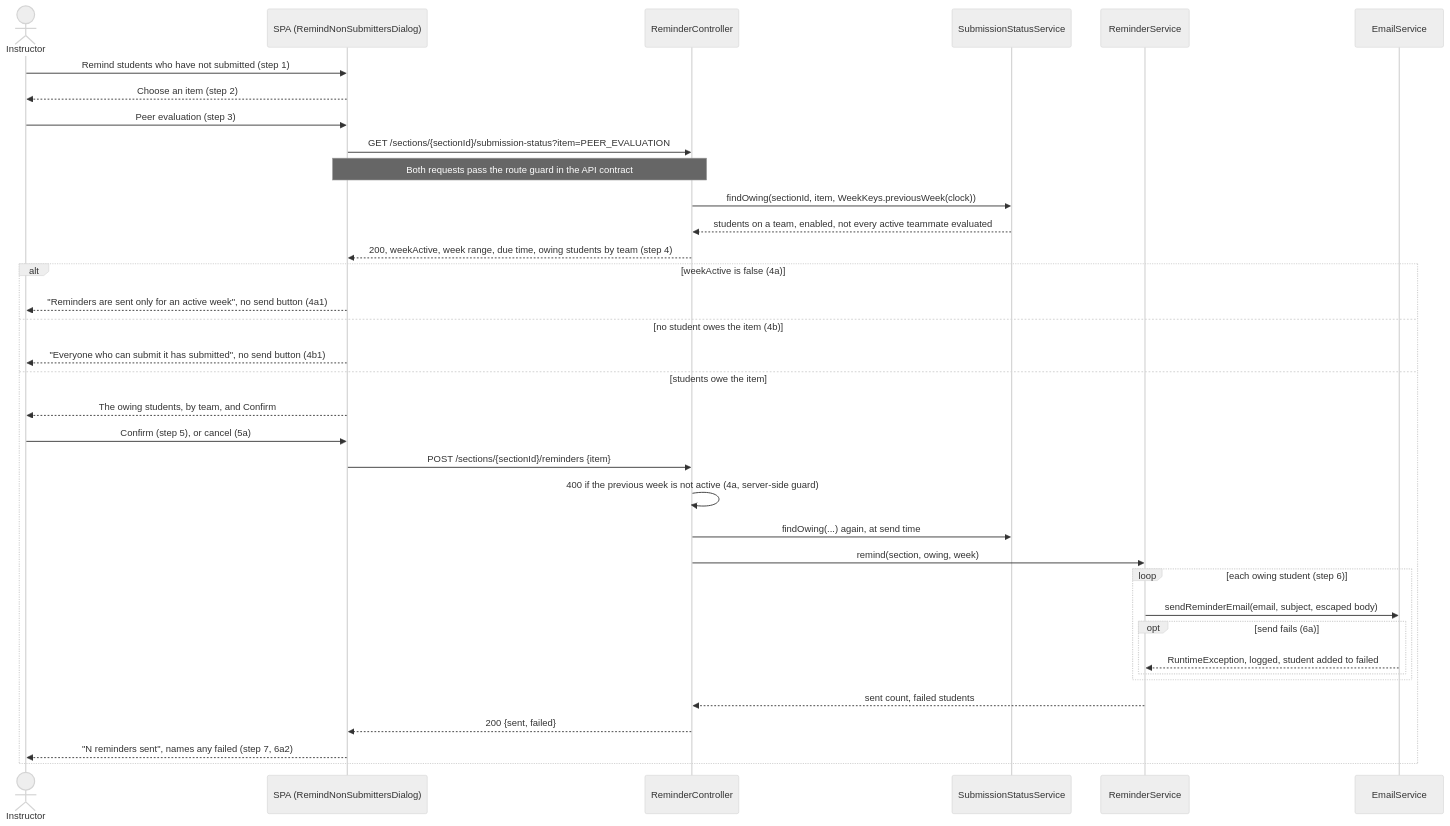
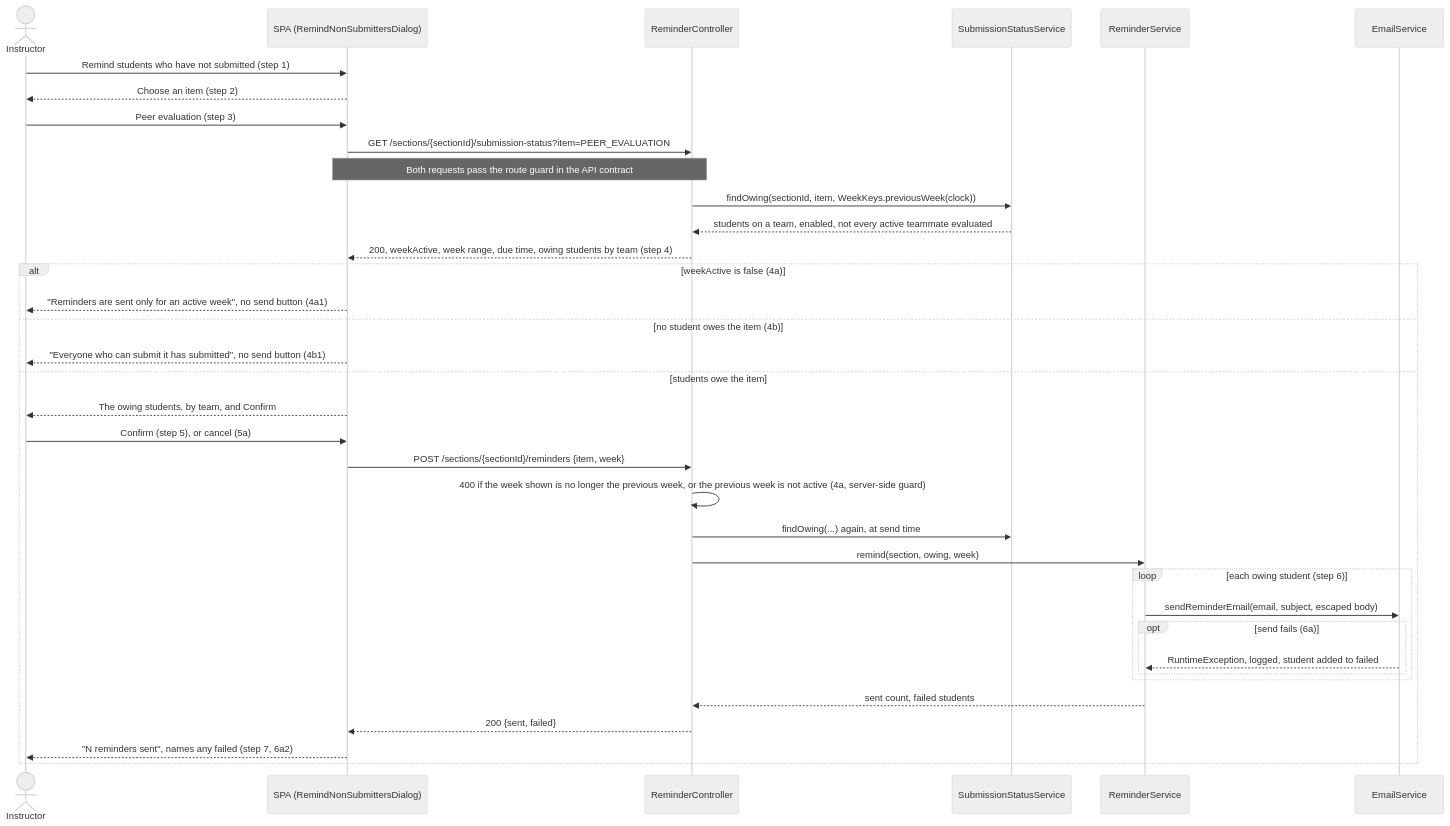
One commit to Washingtonwei/project-pulse changed the second of 3 diagrams in docs/design/not.md. Above: the diagram before and after it, drawn with Mermaid (neutral theme). The commit also changed other lines of this file and 7 other files, not shown here.

First line of the commit message:
fix(not): send reminders only for the list the instructor reviewed

````diff
--- a/docs/design/not.md
+++ b/docs/design/not.md
@@ -86,38 +86,38 @@
 ```mermaid
 sequenceDiagram
     actor I as Instructor
     participant SPA as SPA (RemindNonSubmittersDialog)
     participant RC as ReminderController
     participant SS as SubmissionStatusService
     participant RS as ReminderService
     participant EM as EmailService
     I->>SPA: Remind students who have not submitted (step 1)
     SPA-->>I: Choose an item (step 2)
     I->>SPA: Peer evaluation (step 3)
     SPA->>RC: GET /sections/{sectionId}/submission-status?item=PEER_EVALUATION
     Note over SPA,RC: Both requests pass the route guard in the API contract
     RC->>SS: findOwing(sectionId, item, WeekKeys.previousWeek(clock))
     SS-->>RC: students on a team, enabled, not every active teammate evaluated
     RC-->>SPA: 200, weekActive, week range, due time, owing students by team (step 4)
     alt weekActive is false (4a)
         SPA-->>I: "Reminders are sent only for an active week", no send button (4a1)
     else no student owes the item (4b)
         SPA-->>I: "Everyone who can submit it has submitted", no send button (4b1)
     else students owe the item
         SPA-->>I: The owing students, by team, and Confirm
         I->>SPA: Confirm (step 5), or cancel (5a)
-        SPA->>RC: POST /sections/{sectionId}/reminders {item}
-        RC->>RC: 400 if the previous week is not active (4a, server-side guard)
+        SPA->>RC: POST /sections/{sectionId}/reminders {item, week}
+        RC->>RC: 400 if the week shown is no longer the previous week, or the previous week is not active (4a, server-side guard)
         RC->>SS: findOwing(...) again, at send time
         RC->>RS: remind(section, owing, week)
         loop each owing student (step 6)
             RS->>EM: sendReminderEmail(email, subject, escaped body)
             opt send fails (6a)
                 EM-->>RS: RuntimeException, logged, student added to failed
             end
         end
         RS-->>RC: sent count, failed students
         RC-->>SPA: 200 {sent, failed}
         SPA-->>I: "N reminders sent", names any failed (step 7, 6a2)
     end
 ```
````
